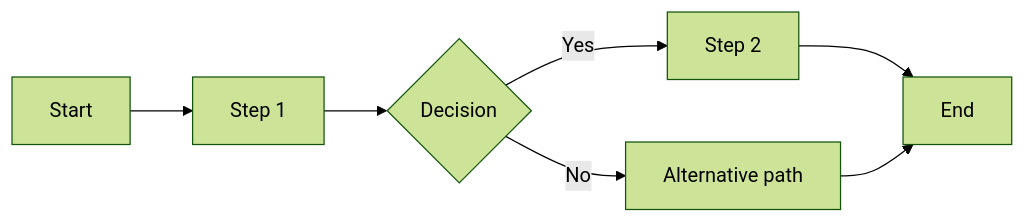
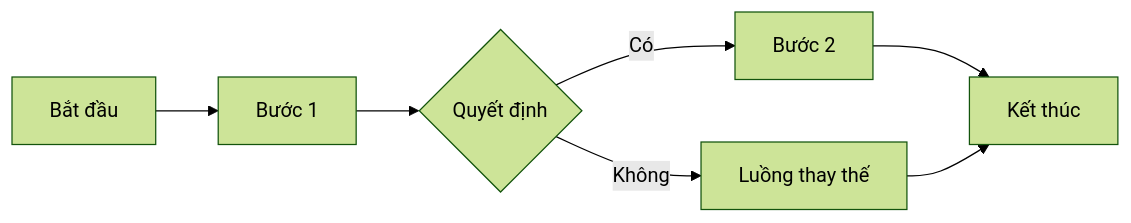
Before and after one commit to hienduong-oss/HenryBAworkflow: the diagram in templates/frd-template.md, drawn with Mermaid (forest theme). The commit also changed other lines of this file and 15 other files, not shown here.

````diff
--- a/templates/frd-template.md
+++ b/templates/frd-template.md
@@ -24,9 +24,9 @@
 ```mermaid
 flowchart LR
-  A[Start] --> B[Step 1]
-  B --> C{Decision}
-  C -->|Yes| D[Step 2]
-  C -->|No| E[Alternative path]
-  D --> F[End]
+  A[Bắt đầu] --> B[Bước 1]
+  B --> C{Quyết định}
+  C -->|Có| D[Bước 2]
+  C -->|Không| E[Luồng thay thế]
+  D --> F[Kết thúc]
   E --> F
 ```
````
